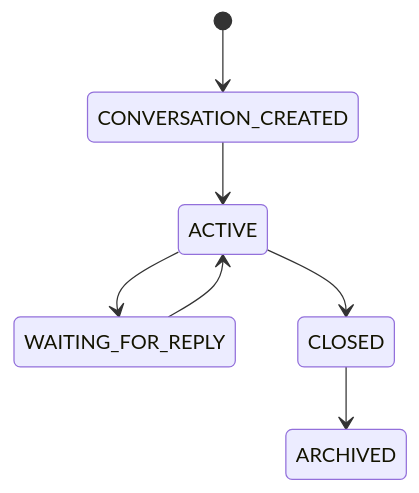
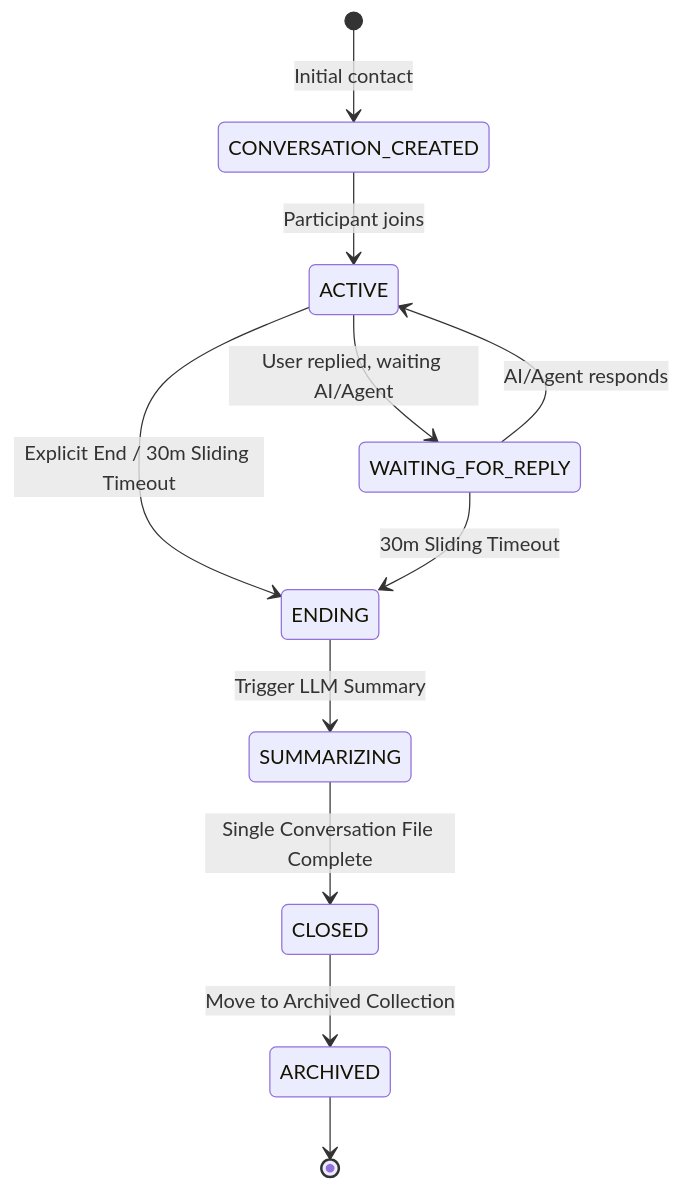
Before and after one commit to questflag/qf-apps: the fifth of 18 diagrams in docs/QuestFlag_Communication_Module_Requirements_v15_FULL_DIAGRAMS.md, drawn with Mermaid. The commit also changed other lines of this file, not shown here.

````diff
--- a/docs/QuestFlag_Communication_Module_Requirements_v15_FULL_DIAGRAMS.md
+++ b/docs/QuestFlag_Communication_Module_Requirements_v15_FULL_DIAGRAMS.md
@@ -30,9 +178,13 @@
-``` mermaid
+```mermaid
 stateDiagram-v2
-[*] --> CONVERSATION_CREATED
-CONVERSATION_CREATED --> ACTIVE
-ACTIVE --> WAITING_FOR_REPLY
-WAITING_FOR_REPLY --> ACTIVE
-ACTIVE --> CLOSED
-CLOSED --> ARCHIVED
+    [*] --> CONVERSATION_CREATED: Initial contact
+    CONVERSATION_CREATED --> ACTIVE: Participant joins
+    ACTIVE --> WAITING_FOR_REPLY: User replied, waiting AI/Agent
+    WAITING_FOR_REPLY --> ACTIVE: AI/Agent responds
+    ACTIVE --> ENDING: Explicit End / 30m Sliding Timeout
+    WAITING_FOR_REPLY --> ENDING: 30m Sliding Timeout
+    ENDING --> SUMMARIZING: Trigger LLM Summary
+    SUMMARIZING --> CLOSED: Single Conversation File Complete
+    CLOSED --> ARCHIVED: Move to Archived Collection
+    ARCHIVED --> [*]
 ```
````
